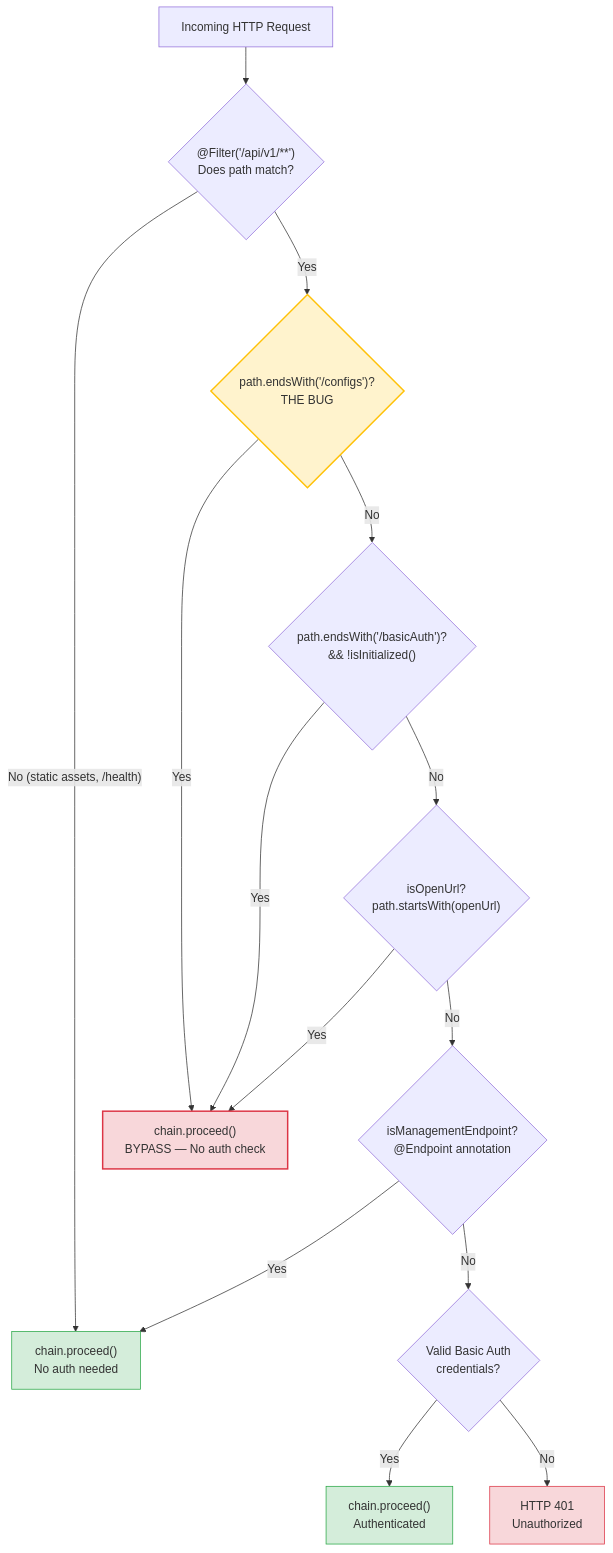
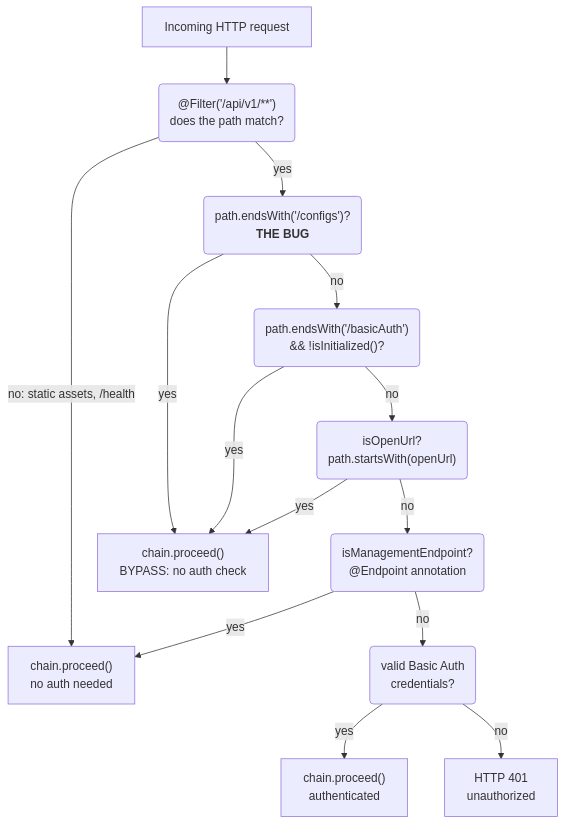
One commit to nithissh7/nithissh7.github.io changed the first of 4 diagrams in src/content/blog/kestra-cve-2026-49869-auth-bypass-rce.md. Above: the diagram before and after it, drawn with Mermaid. The commit also changed other lines of this file and 9 other files, not shown here.

First line of the commit message:
Content pass: diagrams that fit the reading column, labelled code, cleaner structure

````diff
--- a/src/content/blog/kestra-cve-2026-49869-auth-bypass-rce.md
+++ b/src/content/blog/kestra-cve-2026-49869-auth-bypass-rce.md
@@ -158,22 +158,19 @@
 ```mermaid
 flowchart TD
-    A["Incoming HTTP Request"] --> B{"@Filter('/api/v1/**')\nDoes path match?"}
-    B -- "No (static assets, /health)" --> C["chain.proceed()\nNo auth needed"]
-    B -- "Yes" --> D{"path.endsWith('/configs')?\nTHE BUG"}
-    D -- "Yes" --> E["chain.proceed()\nBYPASS — No auth check"]
-    D -- "No" --> F{"path.endsWith('/basicAuth')?\n&& !isInitialized()"}
-    F -- "Yes" --> E
-    F -- "No" --> G{"isOpenUrl?\npath.startsWith(openUrl)"}
-    G -- "Yes" --> E
-    G -- "No" --> H{"isManagementEndpoint?\n@Endpoint annotation"}
-    H -- "Yes" --> C
-    H -- "No" --> I{"Valid Basic Auth\ncredentials?"}
-    I -- "Yes" --> J["chain.proceed()\nAuthenticated"]
-    I -- "No" --> K["HTTP 401\nUnauthorized"]
+    A["Incoming HTTP request"] --> B("@Filter('/api/v1/**')<br/>does the path match?")
+    B -- "no: static assets, /health" --> C["chain.proceed()<br/>no auth needed"]
+    B -- yes --> D("path.endsWith('/configs')?<br/><b>THE BUG</b>")
+    D -- yes --> E["chain.proceed()<br/>BYPASS: no auth check"]
+    D -- no --> F("path.endsWith('/basicAuth')<br/>&& !isInitialized()?")
+    F -- yes --> E
+    F -- no --> G("isOpenUrl?<br/>path.startsWith(openUrl)")
+    G -- yes --> E
+    G -- no --> H("isManagementEndpoint?<br/>@Endpoint annotation")
+    H -- yes --> C
+    H -- no --> I("valid Basic Auth<br/>credentials?")
+    I -- yes --> J["chain.proceed()<br/>authenticated"]
+    I -- no --> K["HTTP 401<br/>unauthorized"]
 
-    style D fill:#fff3cd,stroke:#ffc107,stroke-width:2px
-    style E fill:#f8d7da,stroke:#dc3545,stroke-width:2px
-    style K fill:#f8d7da,stroke:#dc3545
-    style J fill:#d4edda,stroke:#28a745
-    style C fill:#d4edda,stroke:#28a745
+    class D,E,K bug
+    class J,C ok
 ```
````
